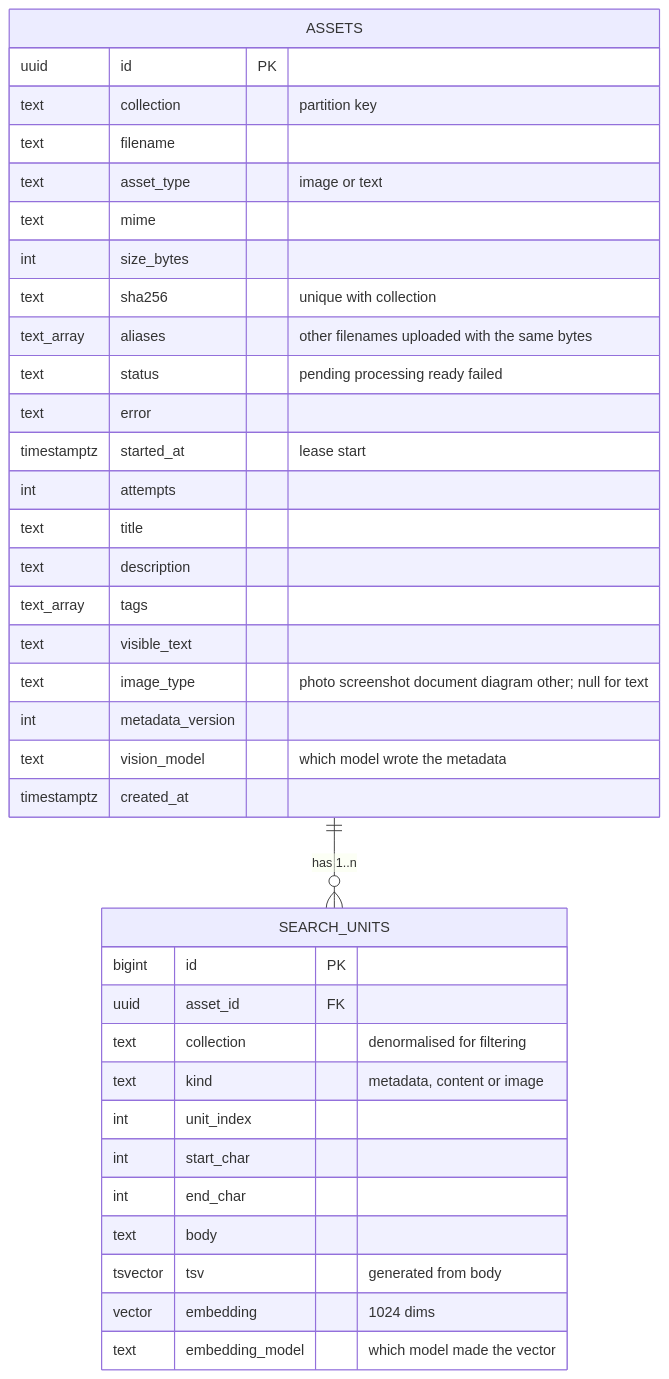
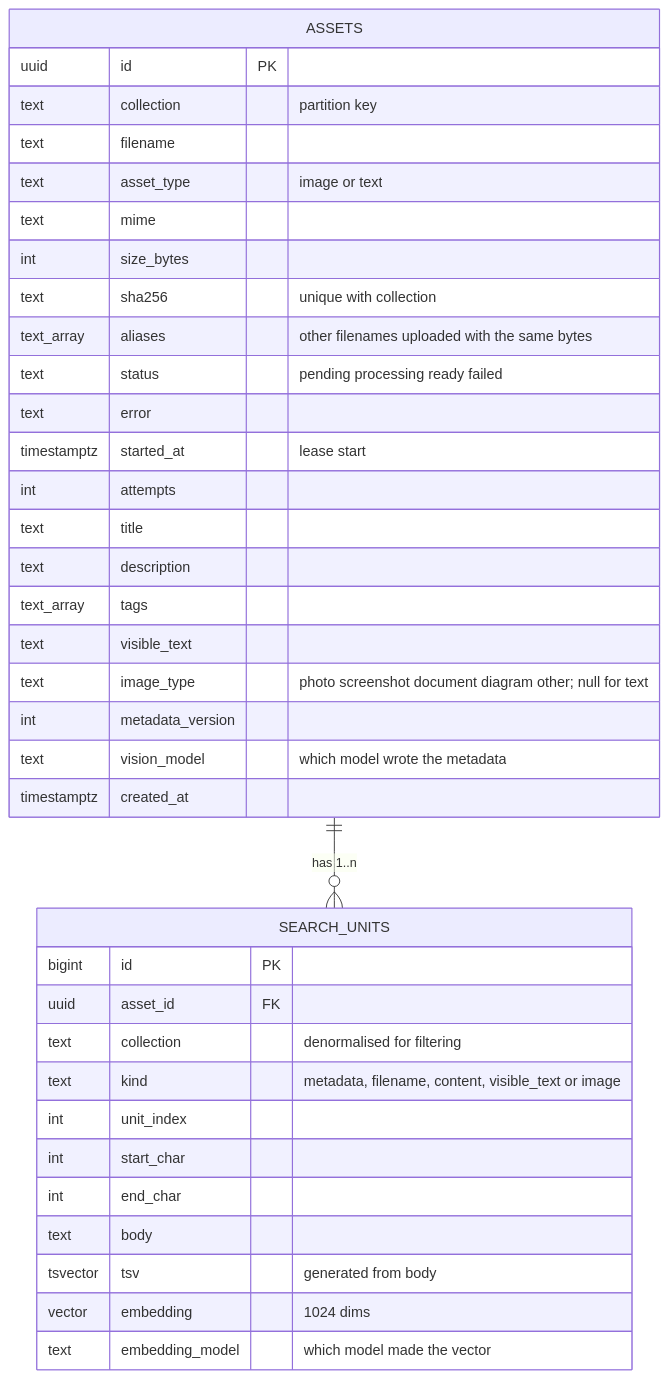
Before and after one commit to saarmichael/KMS: the fourth of 5 diagrams in docs/system-design.md, drawn with Mermaid. The commit also changed other lines of this file and 12 other files, not shown here.

````diff
--- a/docs/system-design.md
+++ b/docs/system-design.md
@@ -156,39 +156,39 @@
 ```mermaid
 erDiagram
   ASSETS ||--o{ SEARCH_UNITS : "has 1..n"
   ASSETS {
     uuid id PK
     text collection "partition key"
     text filename
     text asset_type "image or text"
     text mime
     int size_bytes
     text sha256 "unique with collection"
     text_array aliases "other filenames uploaded with the same bytes"
     text status "pending processing ready failed"
     text error
     timestamptz started_at "lease start"
     int attempts
     text title
     text description
     text_array tags
     text visible_text
     text image_type "photo screenshot document diagram other; null for text"
     int metadata_version
     text vision_model "which model wrote the metadata"
     timestamptz created_at
   }
   SEARCH_UNITS {
     bigint id PK
     uuid asset_id FK
     text collection "denormalised for filtering"
-    text kind "metadata, content or image"
+    text kind "metadata, filename, content, visible_text or image"
     int unit_index
     int start_char
     int end_char
     text body
     tsvector tsv "generated from body"
     vector embedding "1024 dims"
     text embedding_model "which model made the vector"
   }
 ```
````
